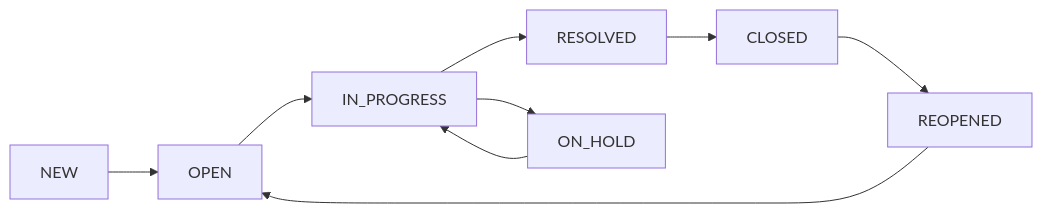
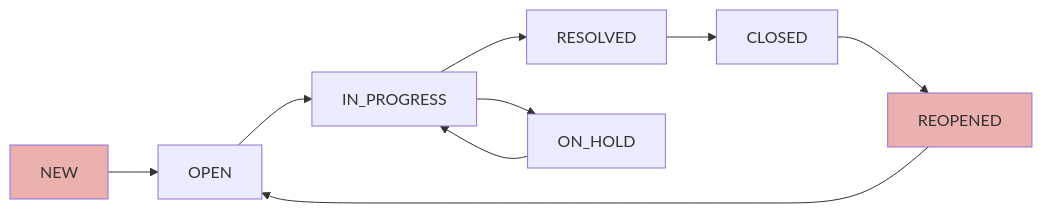
Before and after one commit to salmanb74-dev/ntg-ticket: the sixth of 7 diagrams in NTG-Ticket-User Guide.md, drawn with Mermaid. The commit also changed other lines of this file, not shown here.

````diff
--- a/NTG-Ticket-User Guide.md
+++ b/NTG-Ticket-User Guide.md
@@ -250,11 +258,13 @@
 ```mermaid
 flowchart LR
     A[NEW] --> B[OPEN]
     B --> C[IN_PROGRESS]
     C --> D[RESOLVED]
     D --> E[CLOSED]
     C --> F[ON_HOLD]
     F --> C
     E --> G[REOPENED]
     G --> B
+    style A fill:#EAB1AE
+    style G fill:#EAB1AE
 ```
````
